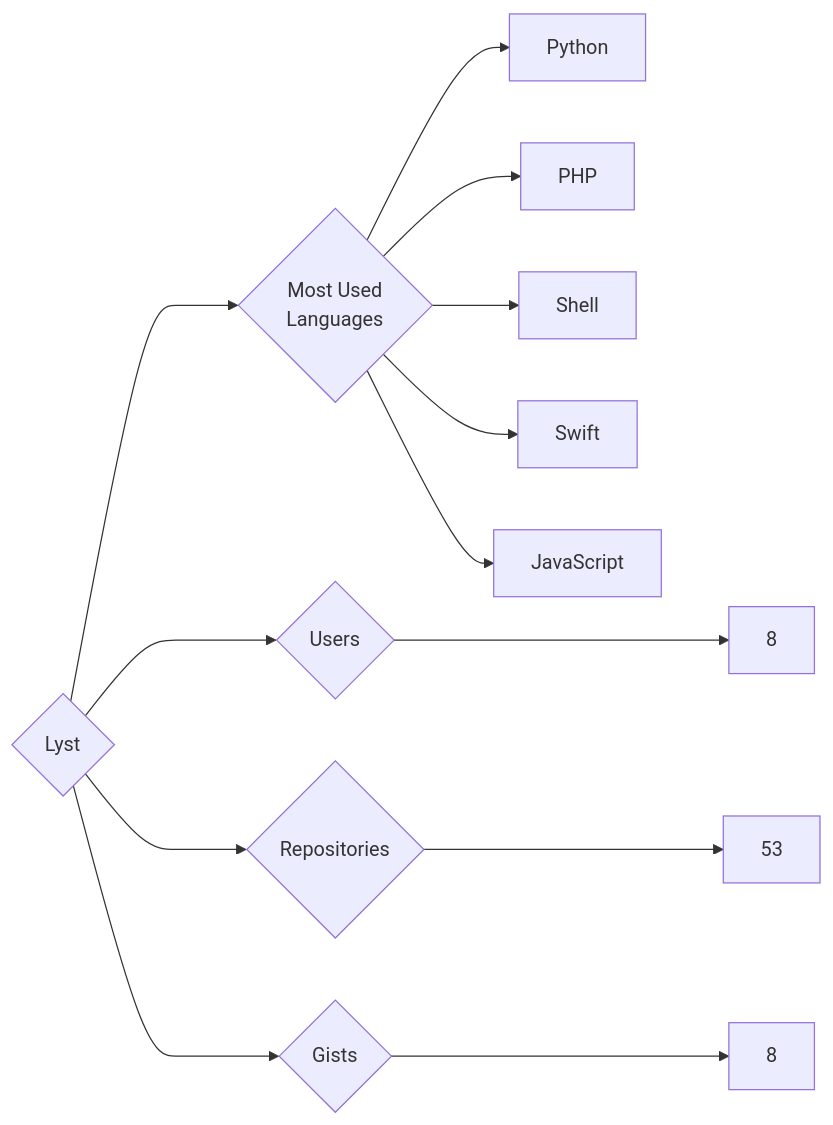
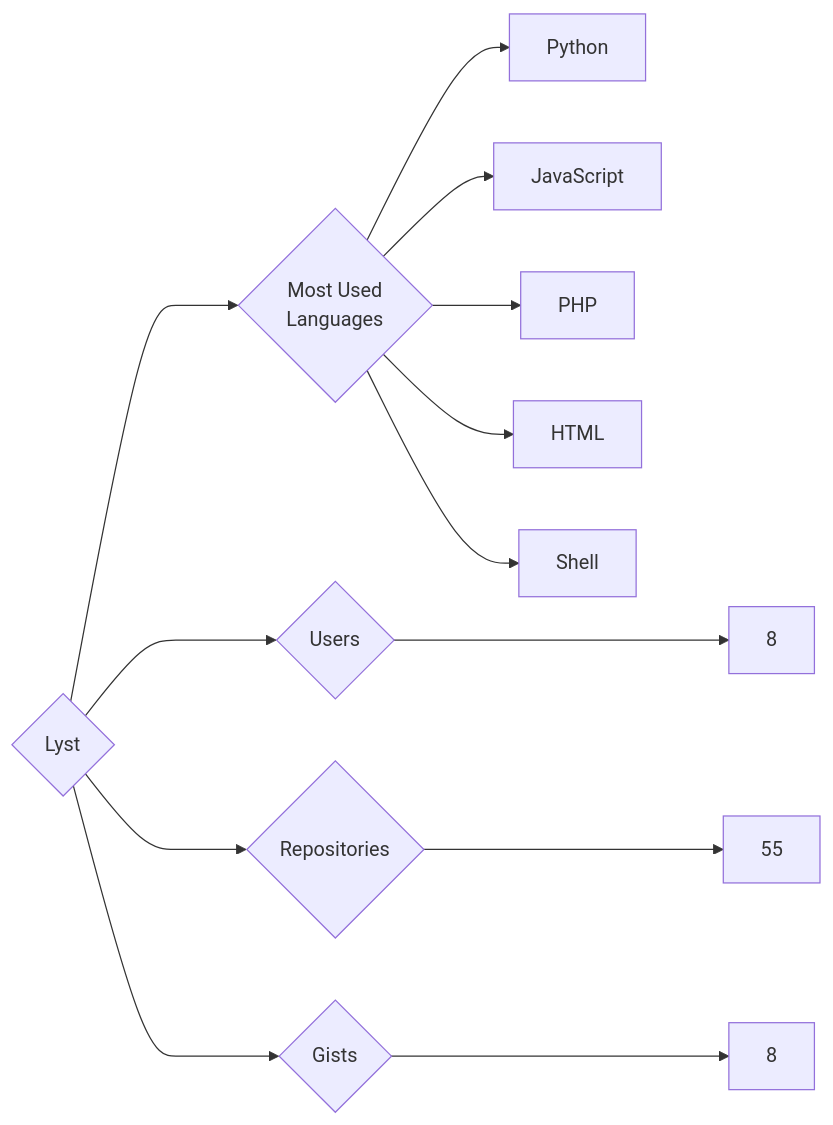
The diagram in targets/Lyst/README.md (trickest/insiders), drawn with Mermaid before and after one commit. The commit also changed 757 other files, not shown here.

````diff
--- a/targets/Lyst/README.md
+++ b/targets/Lyst/README.md
@@ -3,13 +3,13 @@
 ```mermaid
 graph LR
 COMPANY_NAME{Lyst}
 COMPANY_NAME ---> U{Users} ---> UN[8]
-COMPANY_NAME ---> R{Repositories} ---> RN[53]
+COMPANY_NAME ---> R{Repositories} ---> RN[55]
 COMPANY_NAME ---> G{Gists} ---> GN[8]
 COMPANY_NAME ---> ML{Most Used<br>Languages}
 ML --> Python[Python]
+ML --> JavaScript[JavaScript]
 ML --> PHP[PHP]
+ML --> HTML[HTML]
 ML --> Shell[Shell]
-ML --> Swift[Swift]
-ML --> JavaScript[JavaScript]
 ```
````
